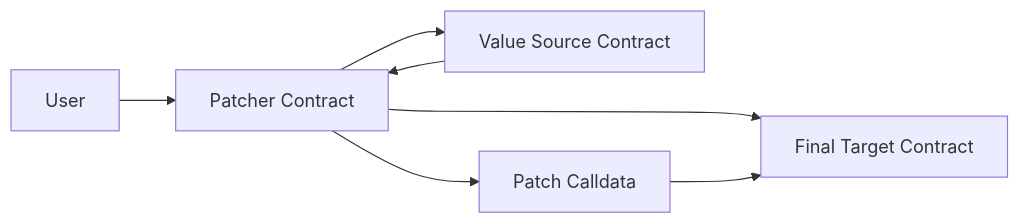
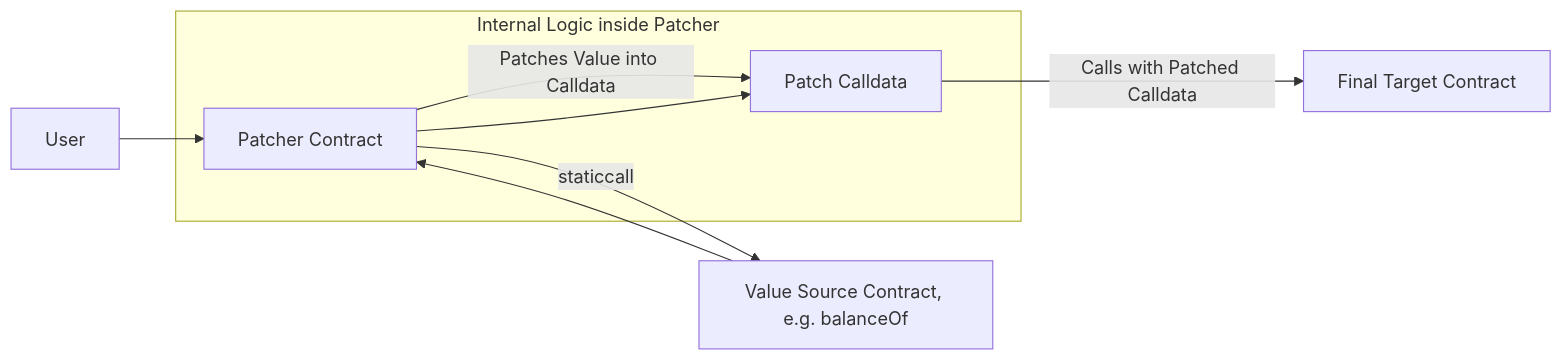
Before and after one commit to lifinance/contracts: the diagram in docs/Patcher.md, drawn with Mermaid. The commit also changed other lines of this file and 1 other file, not shown here.

Commit message:
Improve Patcher documentation and code organization
- Enhanced description with clearer wording about dynamic value retrieval
- Added CoWSwap use case example for intent-based orders
- Updated mermaid diagram with better flow visualization and internal logic subgraph
- Organized imports in demoPatcher.ts for better code structure

🤖 Generated with [opencode](https://opencode.ai)

````diff
--- a/docs/Patcher.md
+++ b/docs/Patcher.md
@@ -14,9 +17,12 @@
 ```mermaid
 graph LR;
     A[User] --> B[Patcher Contract]
-    B --> C[Value Source Contract]
+    B -->|staticcall| C[Value Source Contract, e.g. balanceOf]
     C --> B
-    B --> D[Final Target Contract]
-    B --> E[Patch Calldata]
-    E --> D
+    B -->|Patches Value into Calldata| E[Patch Calldata]
+    E -->|Calls with Patched Calldata| D[Final Target Contract]
+
+    subgraph Internal Logic inside Patcher
+      B --> E
+    end
 ```
````
